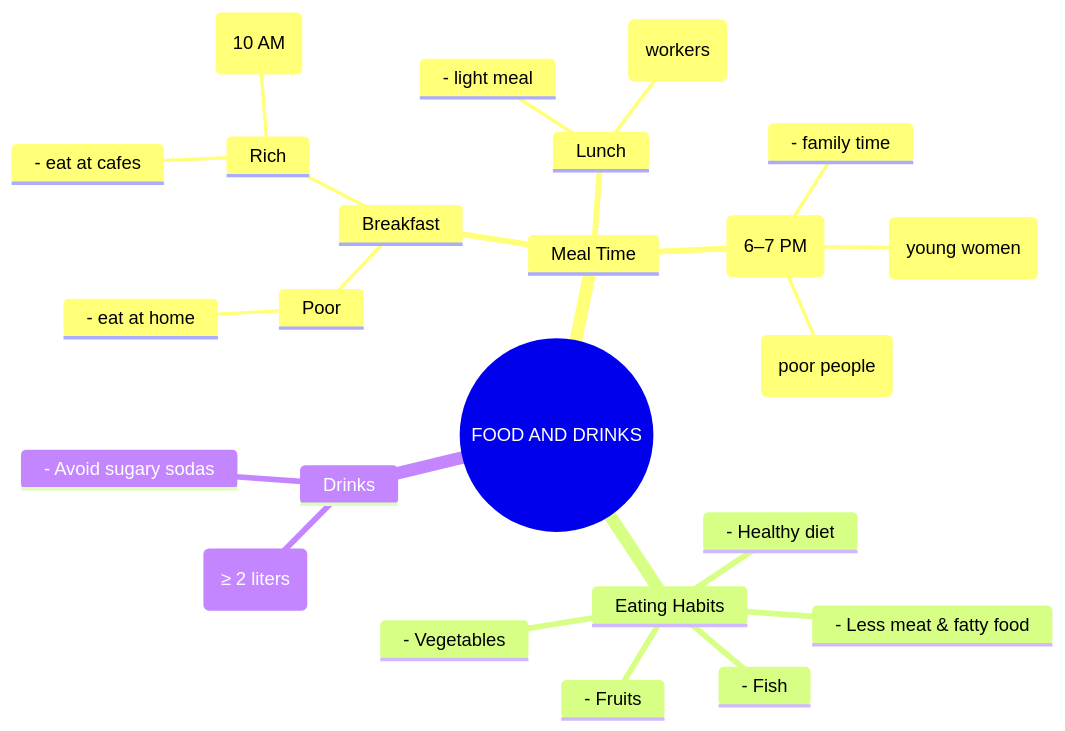
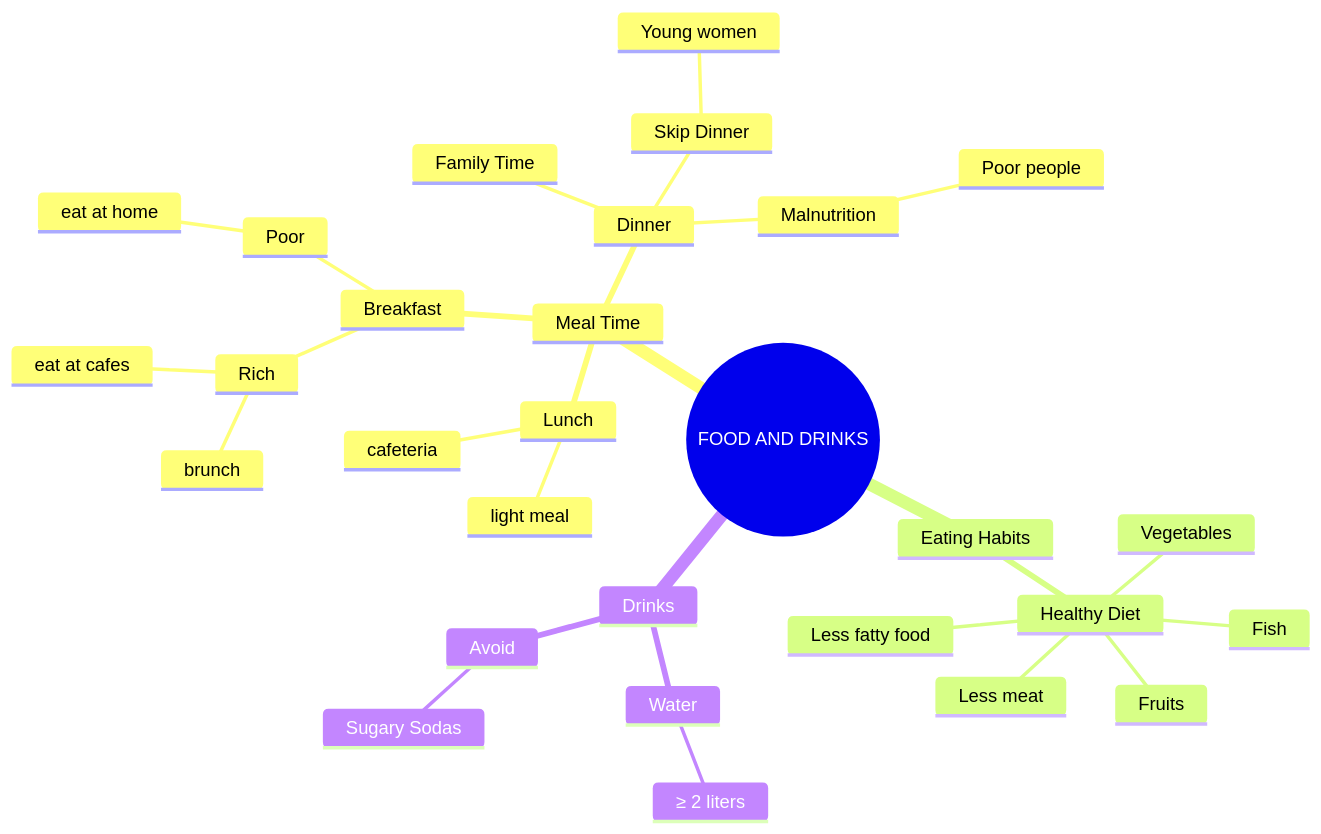
One commit to aerovfx/aerolang changed the diagram in Lesson05_FoodDrink/01_subject.md. Above: the diagram before and after it, drawn with Mermaid. The commit also changed other lines of this file, not shown here.

````diff
--- a/Lesson05_FoodDrink/01_subject.md
+++ b/Lesson05_FoodDrink/01_subject.md
@@ -1,27 +1,32 @@
 ```mermaid
 mindmap
   root((FOOD AND DRINKS))
     Meal Time
       Breakfast
         Poor
-          - eat at home
+          eat at home
         Rich
-          - eat at cafes
-          - brunch (10 AM)
+          eat at cafes
+          brunch
       Lunch
-        - light meal
-        - cafeteria (workers)
-      Dinner (6–7 PM)
-        - family time
-        - skip (young women)
-        - malnutrition (poor people)
+        light meal
+        cafeteria
+      Dinner
+        Family Time
+        Skip Dinner
+          Young women
+        Malnutrition
+          Poor people
     Eating Habits
-      - Healthy diet
-      - Vegetables
-      - Fruits
-      - Fish
-      - Less meat & fatty food
+      Healthy Diet
+        Vegetables
+        Fruits
+        Fish
+        Less meat
+        Less fatty food
     Drinks
-      - Water (≥ 2 liters)
-      - Avoid sugary sodas
+      Water
+        ≥ 2 liters
+      Avoid
+        Sugary Sodas
 ```
````
